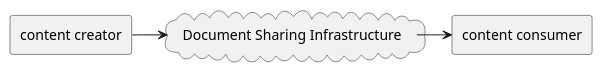
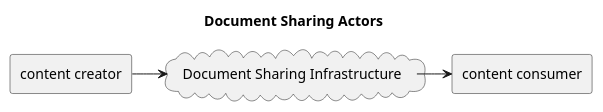
Before and after one commit to IHE/ITI.MHD: the diagram in input/images-source/umlFigure1.plantuml, drawn with PlantUML. The commit also changed 22 other files, not shown here.

```diff
--- a/input/images-source/umlFigure1.plantuml
+++ b/input/images-source/umlFigure1.plantuml
@@ -1,7 +1,8 @@
 @startuml
+title Document Sharing Actors
 agent "content creator" as creator
 cloud "Document Sharing Infrastructure" as sharing
 agent "content consumer" as consumer
 creator -> sharing
 sharing -> consumer
 @enduml
```
